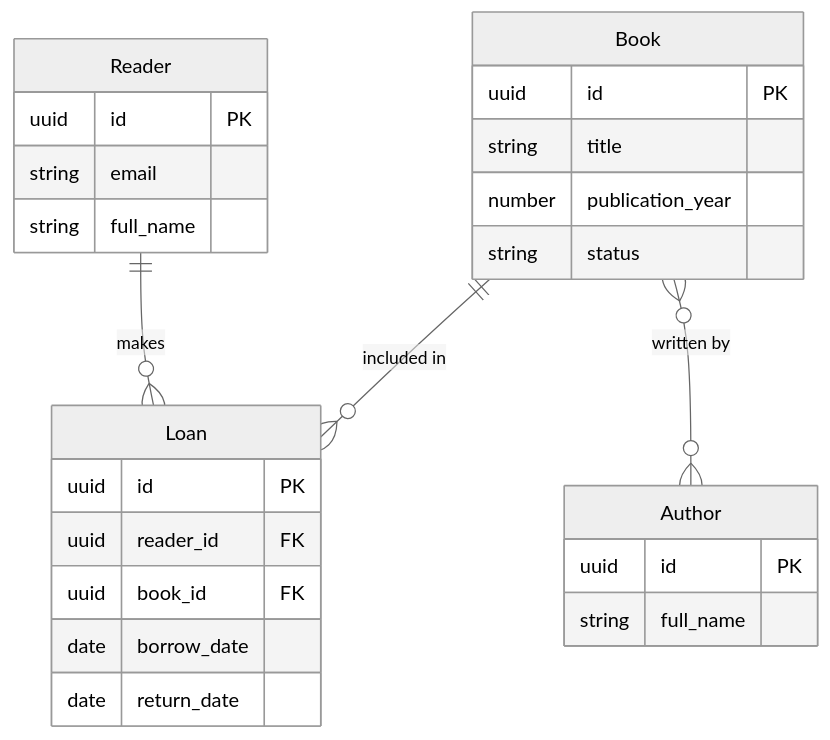
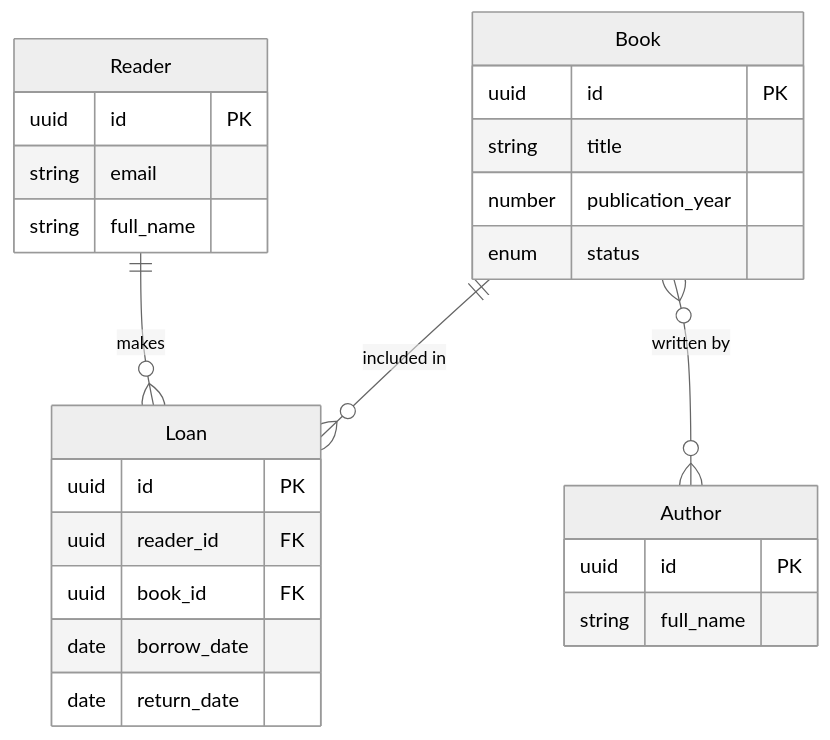
One commit to Fitil4ik/Library-system changed the diagram in diagram.mermaid. Above: the diagram before and after it, drawn with Mermaid (neutral theme). The commit also changed 2 other files, not shown here.

Commit message:
enforce enum for Book status

```diff
--- a/diagram.mermaid
+++ b/diagram.mermaid
@@ -1,27 +1,27 @@
 erDiagram
     Reader {
         uuid id PK
         string email
         string full_name
     }
     Author {
         uuid id PK
         string full_name
     }
     Book {
         uuid id PK
         string title
         number publication_year
-        string status
+        enum status
     }
     Loan {
         uuid id PK
         uuid reader_id FK
         uuid book_id FK
         date borrow_date
         date return_date
     }
 
     Reader ||--o{ Loan : "makes"
     Book ||--o{ Loan : "included in"
     Book }o--o{ Author : "written by"
```
